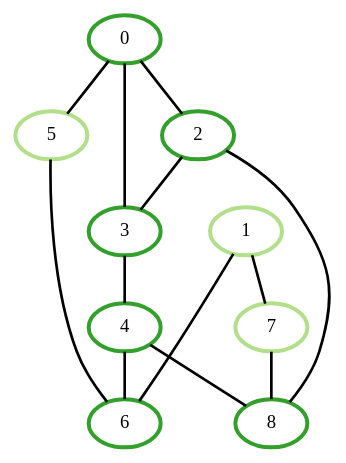
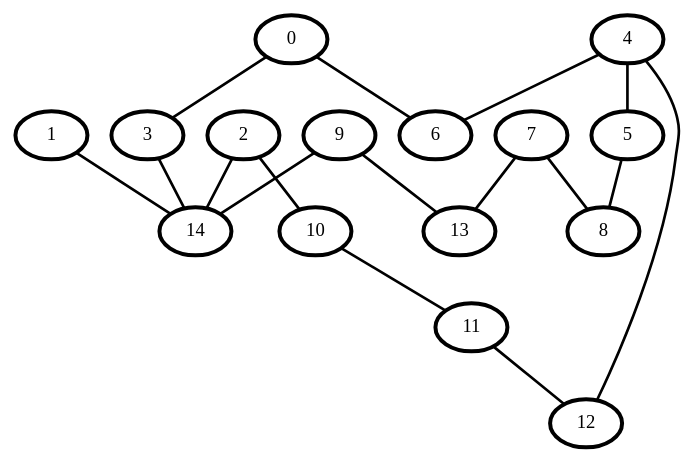
Before and after one commit to RobvEmous/Mod7Group2: the diagram in GI/Results/colorful_3.dot, drawn with Graphviz. The commit also changed 7 other files, not shown here.

```diff
--- a/GI/Results/colorful_3.dot
+++ b/GI/Results/colorful_3.dot
@@ -1,24 +1,34 @@
 graph G {
-    0 [penwidth=3,color=4, colorscheme=paired12]
-    1 [penwidth=3,color=3, colorscheme=paired12]
-    2 [penwidth=3,color=4, colorscheme=paired12]
-    3 [penwidth=3,color=4, colorscheme=paired12]
-    4 [penwidth=3,color=4, colorscheme=paired12]
-    5 [penwidth=3,color=3, colorscheme=paired12]
-    6 [penwidth=3,color=4, colorscheme=paired12]
-    7 [penwidth=3,color=3, colorscheme=paired12]
-    8 [penwidth=3,color=4, colorscheme=paired12]
+    0 [penwidth=3]
+    1 [penwidth=3]
+    2 [penwidth=3]
+    3 [penwidth=3]
+    4 [penwidth=3]
+    5 [penwidth=3]
+    6 [penwidth=3]
+    7 [penwidth=3]
+    8 [penwidth=3]
+    9 [penwidth=3]
+    10 [penwidth=3]
+    11 [penwidth=3]
+    12 [penwidth=3]
+    13 [penwidth=3]
+    14 [penwidth=3]
 
-    2--8 [penwidth=2]
+    11--12 [penwidth=2]
+    9--14 [penwidth=2]
+    3--14 [penwidth=2]
+    4--12 [penwidth=2]
+    10--11 [penwidth=2]
+    2--10 [penwidth=2]
+    4--6 [penwidth=2]
+    4--5 [penwidth=2]
     0--3 [penwidth=2]
-    3--4 [penwidth=2]
-    4--8 [penwidth=2]
-    2--3 [penwidth=2]
-    0--5 [penwidth=2]
-    1--7 [penwidth=2]
-    5--6 [penwidth=2]
-    0--2 [penwidth=2]
-    4--6 [penwidth=2]
+    7--13 [penwidth=2]
+    9--13 [penwidth=2]
+    0--6 [penwidth=2]
+    2--14 [penwidth=2]
+    5--8 [penwidth=2]
     7--8 [penwidth=2]
-    1--6 [penwidth=2]
+    1--14 [penwidth=2]
 }
```
